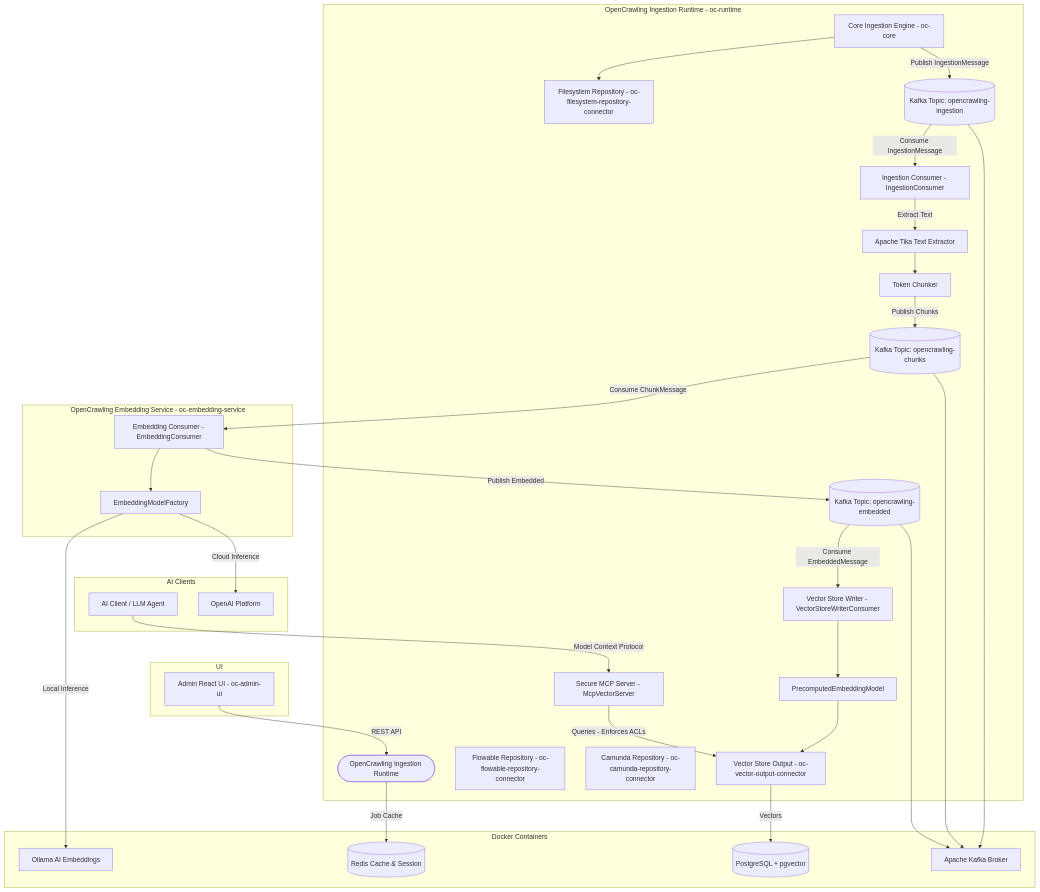
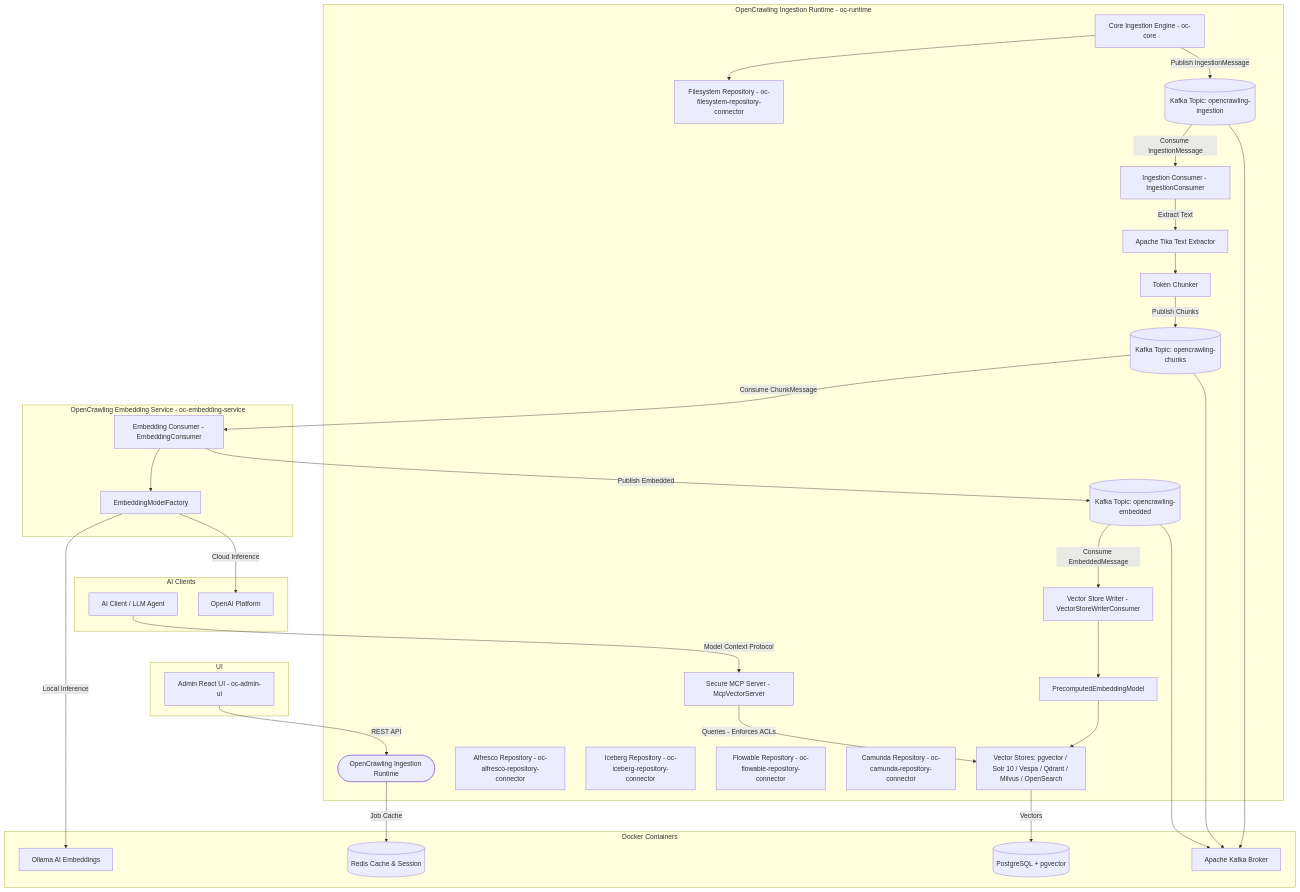
Before and after one commit to opencrawling/opencrawling: the diagram in README.md, drawn with Mermaid.

````diff
--- a/README.md
+++ b/README.md
@@ -53,73 +53,75 @@
 ```mermaid
 graph TD
     subgraph UI
         UI_App[Admin React UI - oc-admin-ui]
     end
 
     subgraph PlatformRuntime [OpenCrawling Ingestion Runtime - oc-runtime]
         Runtime_Node([OpenCrawling Ingestion Runtime])
         Core[Core Ingestion Engine - oc-core]
         FS_Conn[Filesystem Repository - oc-filesystem-repository-connector]
+        ACS_Conn[Alfresco Repository - oc-alfresco-repository-connector]
+        Iceberg_Conn[Iceberg Repository - oc-iceberg-repository-connector]
         Flowable_Conn[Flowable Repository - oc-flowable-repository-connector]
         Camunda_Conn[Camunda Repository - oc-camunda-repository-connector]
         
         Ing_Cons[Ingestion Consumer - IngestionConsumer]
         Tika[Apache Tika Text Extractor]
         Chunker[Token Chunker]
         
         Writer_Cons[Vector Store Writer - VectorStoreWriterConsumer]
         Precompute_Model[PrecomputedEmbeddingModel]
-        Vec_Conn[Vector Store Output - oc-vector-output-connector]
+        Vec_Conn[Vector Stores: pgvector / Solr 10 / Vespa / Qdrant / Milvus / OpenSearch]
 
         McpServer[Secure MCP Server - McpVectorServer]
         
         Core --> FS_Conn
         Core -->|Publish IngestionMessage| Ingest_Topic[(Kafka Topic: opencrawling-ingestion)]
         
         Ingest_Topic -->|Consume IngestionMessage| Ing_Cons
         Ing_Cons -->|Extract Text| Tika
         Tika --> Chunker
         Chunker -->|Publish Chunks| Chunk_Topic[(Kafka Topic: opencrawling-chunks)]
         
         Embed_Topic[(Kafka Topic: opencrawling-embedded)] -->|Consume EmbeddedMessage| Writer_Cons
         Writer_Cons --> Precompute_Model
         Precompute_Model --> Vec_Conn
 
         McpServer -->|Queries - Enforces ACLs| Vec_Conn
     end
 
     subgraph Embedding Service [OpenCrawling Embedding Service - oc-embedding-service]
         Embed_Cons[Embedding Consumer - EmbeddingConsumer]
         Model_Factory[EmbeddingModelFactory]
         
         Chunk_Topic -->|Consume ChunkMessage| Embed_Cons
         Embed_Cons --> Model_Factory
         Embed_Cons -->|Publish Embedded| Embed_Topic
     end
 
     subgraph Infrastructure [Docker Containers]
         PG[(PostgreSQL + pgvector)]
         Redis[(Redis Cache & Session)]
         Ollama[Ollama AI Embeddings]
         Kafka_Broker[Apache Kafka Broker]
     end
 
     subgraph External [AI Clients]
         LLM[AI Client / LLM Agent]
         OpenAI[OpenAI Platform]
     end
 
     UI_App -->|REST API| Runtime_Node
     Vec_Conn -->|Vectors| PG
     Runtime_Node -->|Job Cache| Redis
     
     Model_Factory -->|Local Inference| Ollama
     Model_Factory -->|Cloud Inference| OpenAI
     
     Ingest_Topic --> Kafka_Broker
     Chunk_Topic --> Kafka_Broker
     Embed_Topic --> Kafka_Broker
 
     LLM -->|Model Context Protocol| McpServer
 
 ```
````
